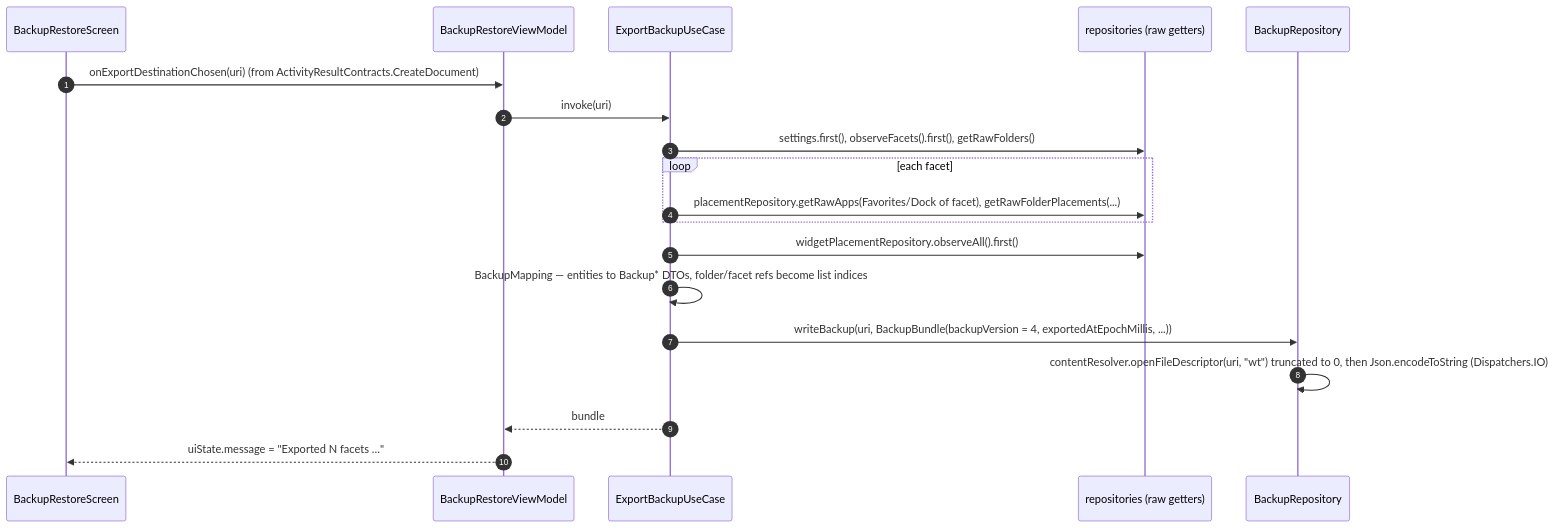
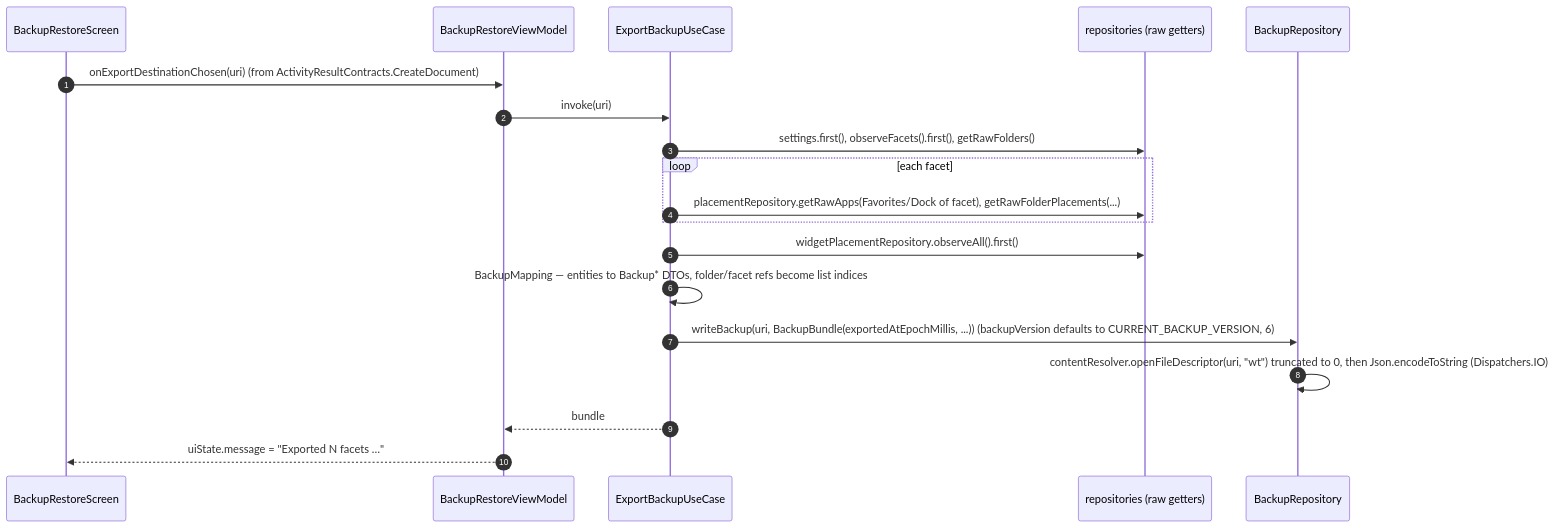
The first of 3 diagrams in docs/architecture/09-flow-backup-restore.md (rohitganjam/facet-launcher), drawn with Mermaid before and after one commit. The commit also changed other lines of this file and 38 other files, not shown here.

````diff
--- a/docs/architecture/09-flow-backup-restore.md
+++ b/docs/architecture/09-flow-backup-restore.md
@@ -9,21 +9,21 @@
 ```mermaid
 sequenceDiagram
     autonumber
     participant S as BackupRestoreScreen
     participant VM as BackupRestoreViewModel
     participant UC as ExportBackupUseCase
     participant R as repositories (raw getters)
     participant BR as BackupRepository
     S->>VM: onExportDestinationChosen(uri)   (from ActivityResultContracts.CreateDocument)
     VM->>UC: invoke(uri)
     UC->>R: settings.first(), observeFacets().first(), getRawFolders()
     loop each facet
         UC->>R: placementRepository.getRawApps(Favorites/Dock of facet), getRawFolderPlacements(...)
     end
     UC->>R: widgetPlacementRepository.observeAll().first()
     UC->>UC: BackupMapping — entities to Backup* DTOs, folder/facet refs become list indices
-    UC->>BR: writeBackup(uri, BackupBundle(backupVersion = 4, exportedAtEpochMillis, ...))
+    UC->>BR: writeBackup(uri, BackupBundle(exportedAtEpochMillis, ...))   (backupVersion defaults to CURRENT_BACKUP_VERSION, 6)
     BR->>BR: contentResolver.openFileDescriptor(uri, "wt") truncated to 0, then Json.encodeToString  (Dispatchers.IO)
     UC-->>VM: bundle
     VM-->>S: uiState.message = "Exported N facets …"
 ```
````
